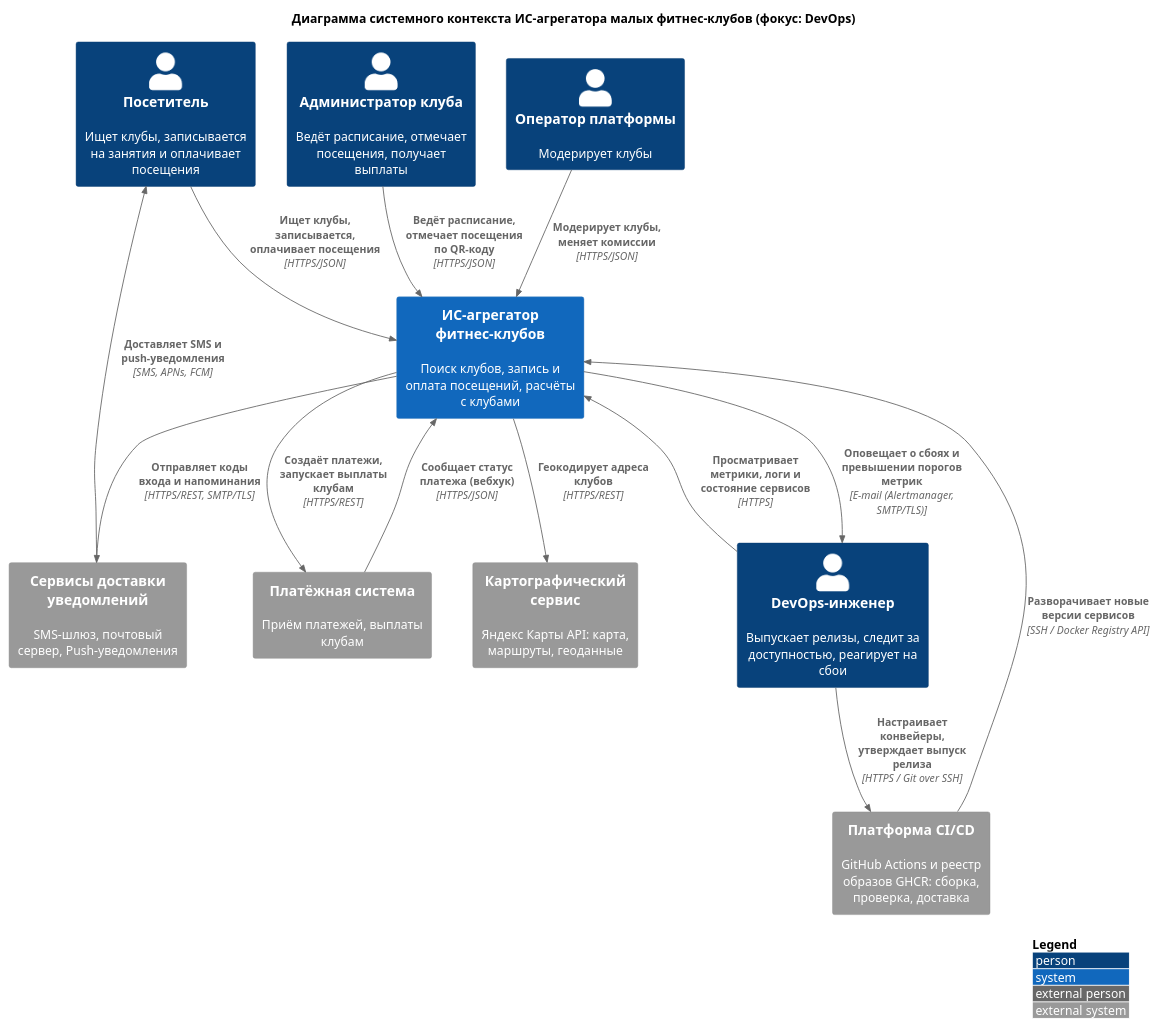
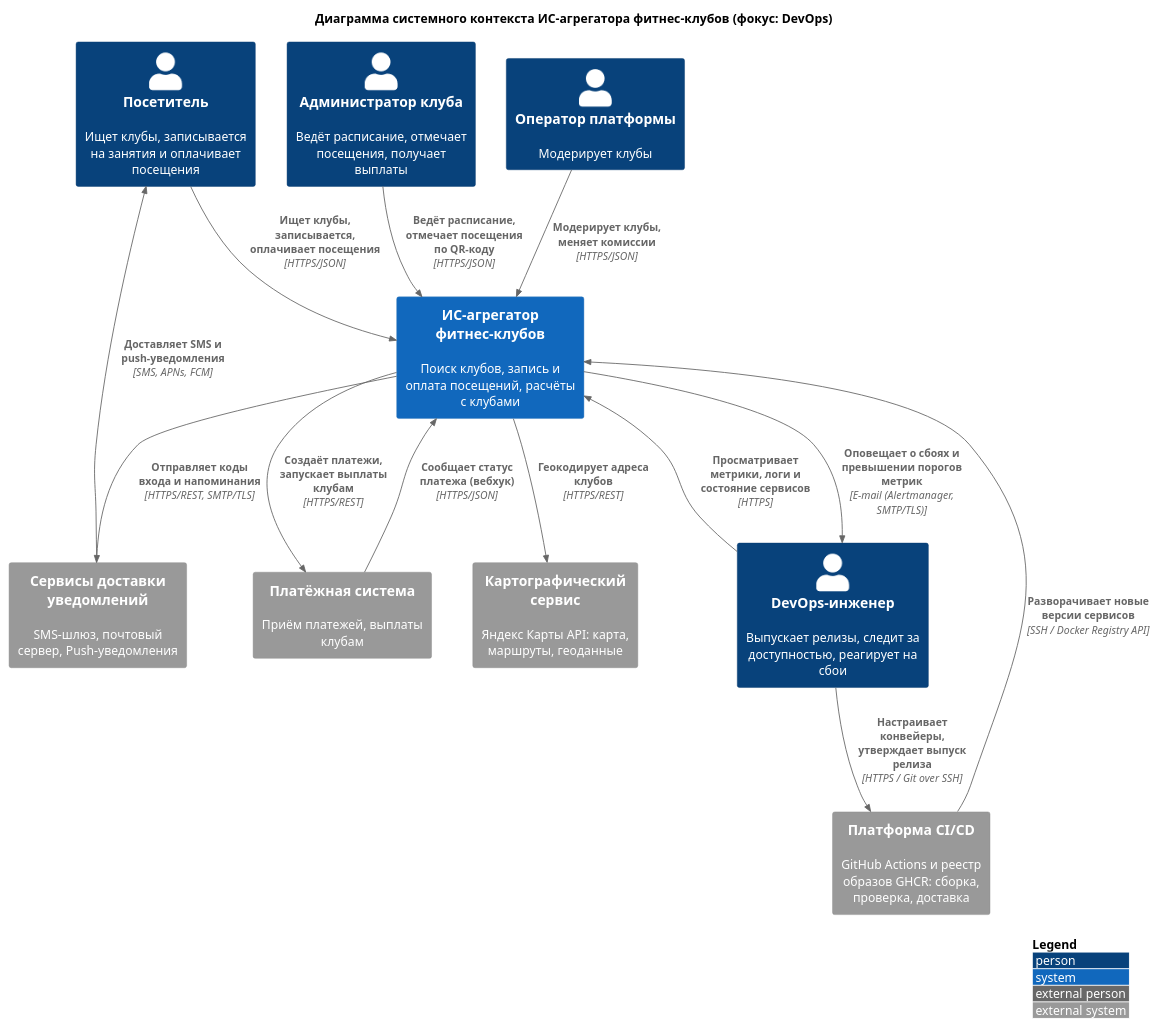
One commit to lamtfey11/ISIT-project-gym-aggregator changed the diagram in src/containers/l1-context-devops.puml. Above: the diagram before and after it, drawn with PlantUML. The commit also changed 1 other file, not shown here.

```diff
--- a/src/containers/l1-context-devops.puml
+++ b/src/containers/l1-context-devops.puml
@@ -1,35 +1,35 @@
 @startuml "Fitness Aggregator - System Context (DevOps)"
 !include https://raw.githubusercontent.com/plantuml-stdlib/C4-PlantUML/master/C4_Context.puml
 
 LAYOUT_WITH_LEGEND()
 
-title Диаграмма системного контекста ИС-агрегатора малых фитнес-клубов (фокус: DevOps)
+title Диаграмма системного контекста ИС-агрегатора фитнес-клубов (фокус: DevOps)
 
 Person(visitor, "Посетитель", "Ищет клубы, записывается на занятия и оплачивает посещения")
 Person(club_admin, "Администратор клуба", "Ведёт расписание, отмечает посещения, получает выплаты")
 Person(operator, "Оператор платформы", "Модерирует клубы")
 Person(devops, "DevOps-инженер", "Выпускает релизы, следит за доступностью, реагирует на сбои")
 
 System(fitness_system, "ИС-агрегатор фитнес-клубов", "Поиск клубов, запись и оплата посещений, расчёты с клубами")
 
 System_Ext(payment_gateway, "Платёжная система", "Приём платежей, выплаты клубам")
 System_Ext(maps_service, "Картографический сервис", "Яндекс Карты API: карта, маршруты, геоданные")
 System_Ext(notification_gateway, "Сервисы доставки уведомлений", "SMS-шлюз, почтовый сервер, Push-уведомления")
 System_Ext(ci_cd, "Платформа CI/CD", "GitHub Actions и реестр образов GHCR: сборка, проверка, доставка")
 
 Rel(visitor, fitness_system, "Ищет клубы, записывается, оплачивает посещения", "HTTPS/JSON")
 Rel(club_admin, fitness_system, "Ведёт расписание, отмечает посещения по QR-коду", "HTTPS/JSON")
 Rel(operator, fitness_system, "Модерирует клубы, меняет комиссии", "HTTPS/JSON")
 Rel(devops, fitness_system, "Просматривает метрики, логи и состояние сервисов", "HTTPS")
 
 Rel(devops, ci_cd, "Настраивает конвейеры, утверждает выпуск релиза", "HTTPS / Git over SSH")
 Rel(ci_cd, fitness_system, "Разворачивает новые версии сервисов", "SSH / Docker Registry API")
 
 Rel(fitness_system, payment_gateway, "Создаёт платежи, запускает выплаты клубам", "HTTPS/REST")
 Rel(payment_gateway, fitness_system, "Сообщает статус платежа (вебхук)", "HTTPS/JSON")
 Rel(fitness_system, maps_service, "Геокодирует адреса клубов", "HTTPS/REST")
 Rel(fitness_system, notification_gateway, "Отправляет коды входа и напоминания", "HTTPS/REST, SMTP/TLS")
 Rel(notification_gateway, visitor, "Доставляет SMS и push-уведомления", "SMS, APNs, FCM")
 Rel(fitness_system, devops, "Оповещает о сбоях и превышении порогов метрик", "E-mail (Alertmanager, SMTP/TLS)")
 
 @enduml
```
